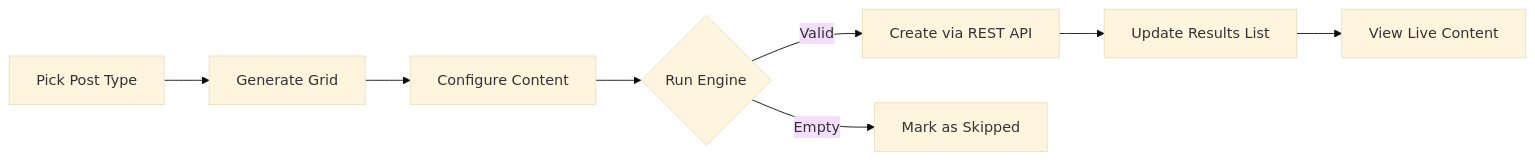
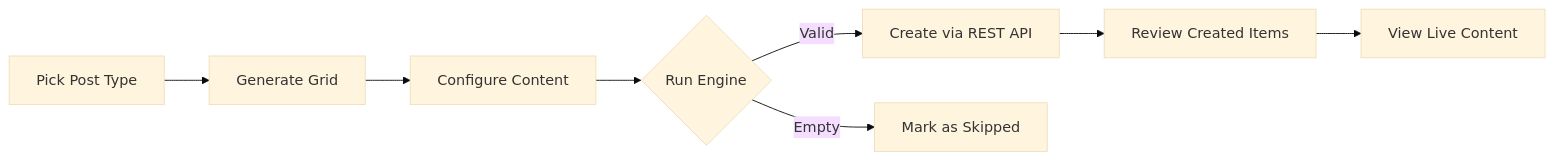
The diagram in readme.md (boopathirbk/wp-bulk-pages-generator), drawn with Mermaid (base theme) before and after one commit. The commit also changed other lines of this file, not shown here.

````diff
--- a/readme.md
+++ b/readme.md
@@ -130,10 +131,10 @@
 ```mermaid
 graph LR
     A[Pick Post Type] --> B[Generate Grid]
     B --> C[Configure Content]
     C --> D{Run Engine}
     D -->|Valid| E[Create via REST API]
     D -->|Empty| F[Mark as Skipped]
-    E --> G[Update Results List]
-    G --> H[View Live Content]
+    G[Review Created Items] --> H[View Live Content]
+    E --> G
 ```
````
